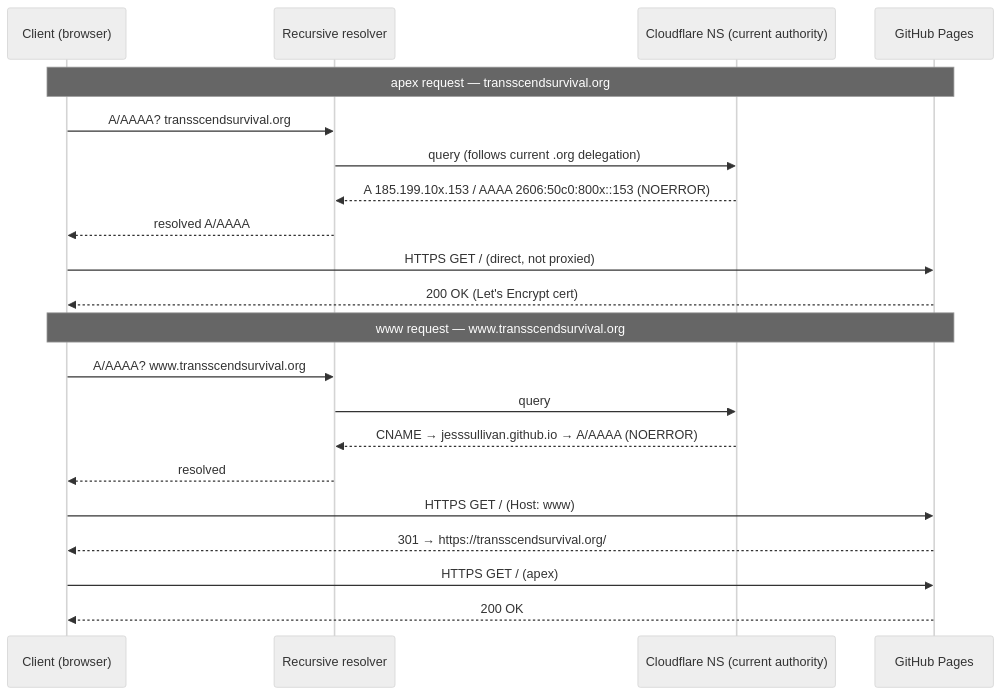
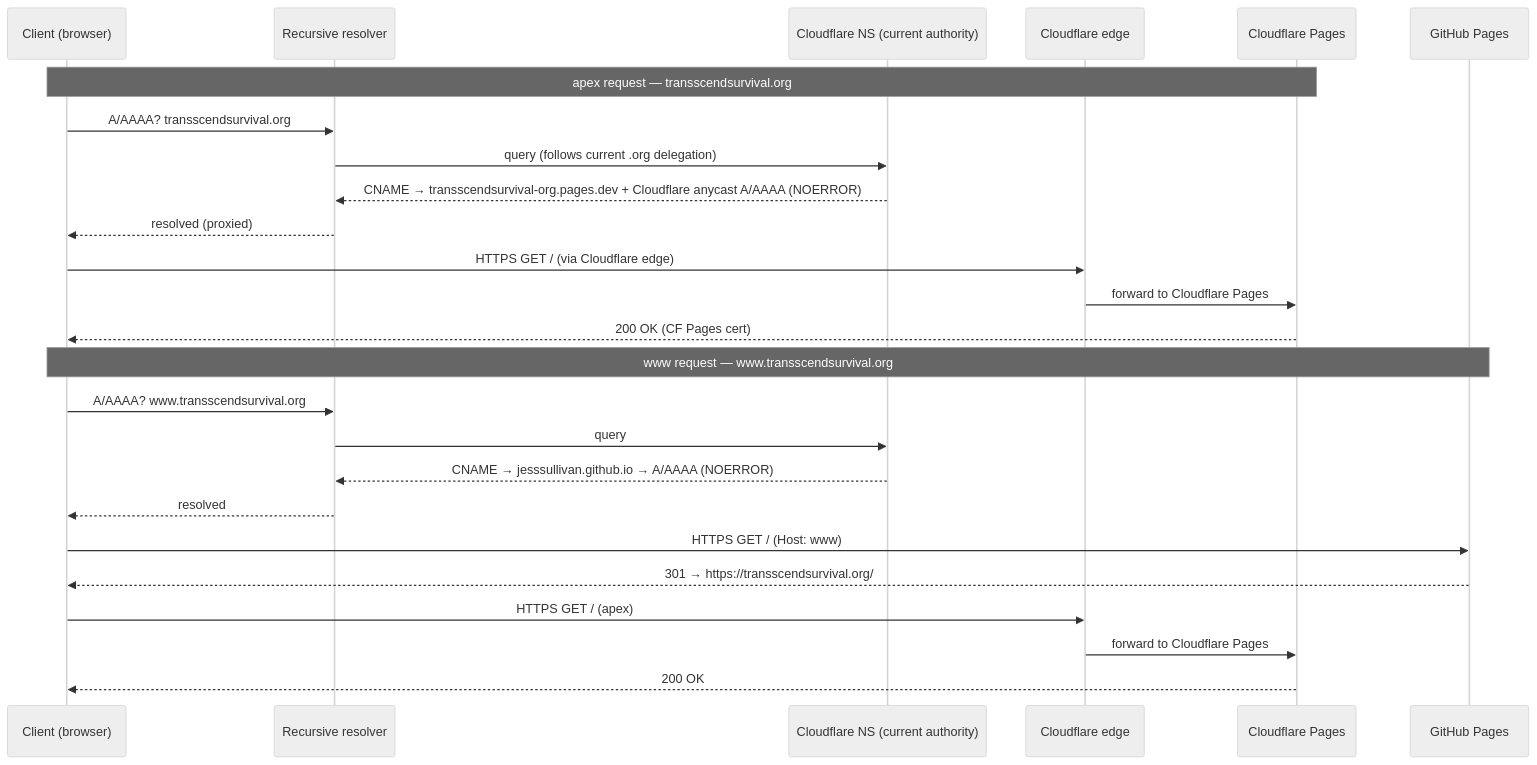
The second of 5 diagrams in docs/dns-architecture.md (Jesssullivan/jesssullivan.github.io), drawn with Mermaid (neutral theme) before and after one commit. The commit also changed other lines of this file, not shown here.

Commit message:
docs(dns): record cloudflare pages apex cutover

````diff
--- a/docs/dns-architecture.md
+++ b/docs/dns-architecture.md
@@ -66,25 +75,29 @@
 ```mermaid
 sequenceDiagram
     participant C as Client (browser)
     participant R as Recursive resolver
     participant CF as Cloudflare NS (current authority)
+    participant Edge as Cloudflare edge
+    participant CFP as Cloudflare Pages
     participant GHP as GitHub Pages
 
-    Note over C,GHP: apex request — transscendsurvival.org
+    Note over C,CFP: apex request — transscendsurvival.org
     C->>R: A/AAAA? transscendsurvival.org
     R->>CF: query (follows current .org delegation)
-    CF-->>R: A 185.199.10x.153 / AAAA 2606:50c0:800x::153 (NOERROR)
-    R-->>C: resolved A/AAAA
-    C->>GHP: HTTPS GET / (direct, not proxied)
-    GHP-->>C: 200 OK (Let's Encrypt cert)
+    CF-->>R: CNAME → transscendsurvival-org.pages.dev + Cloudflare anycast A/AAAA (NOERROR)
+    R-->>C: resolved (proxied)
+    C->>Edge: HTTPS GET / (via Cloudflare edge)
+    Edge->>CFP: forward to Cloudflare Pages
+    CFP-->>C: 200 OK (CF Pages cert)
 
     Note over C,GHP: www request — www.transscendsurvival.org
     C->>R: A/AAAA? www.transscendsurvival.org
     R->>CF: query
     CF-->>R: CNAME → jesssullivan.github.io → A/AAAA (NOERROR)
     R-->>C: resolved
     C->>GHP: HTTPS GET / (Host: www)
     GHP-->>C: 301 → https://transscendsurvival.org/
-    C->>GHP: HTTPS GET / (apex)
-    GHP-->>C: 200 OK
+    C->>Edge: HTTPS GET / (apex)
+    Edge->>CFP: forward to Cloudflare Pages
+    CFP-->>C: 200 OK
 ```
````
